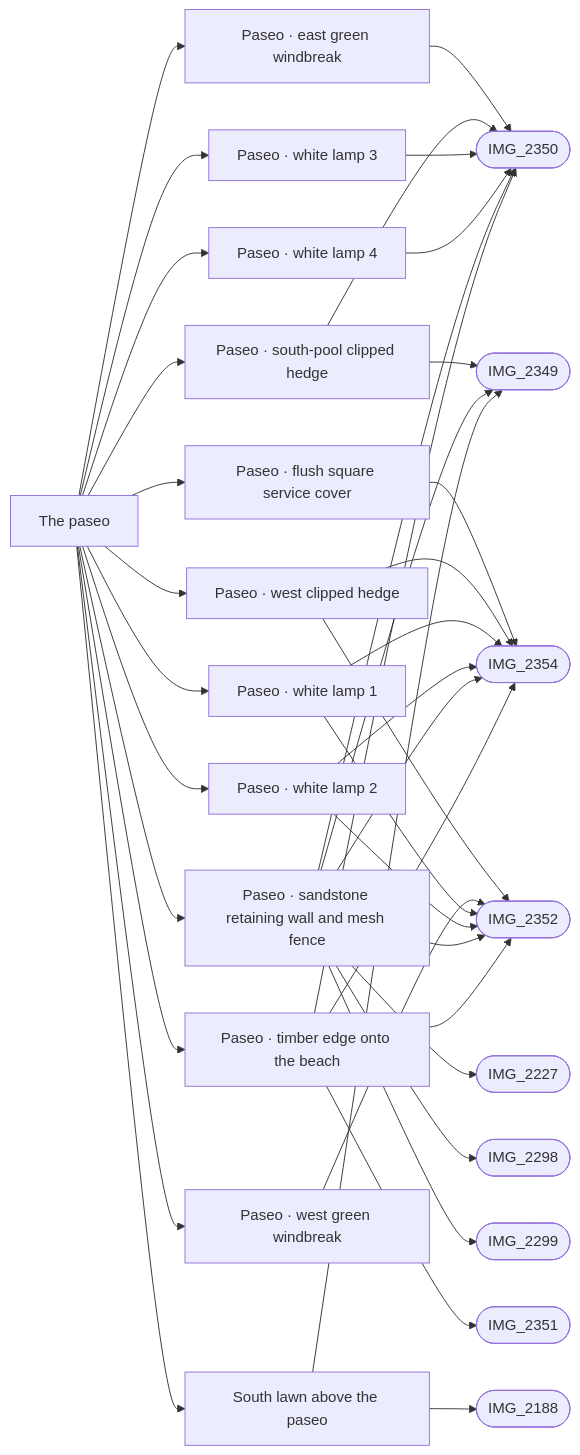
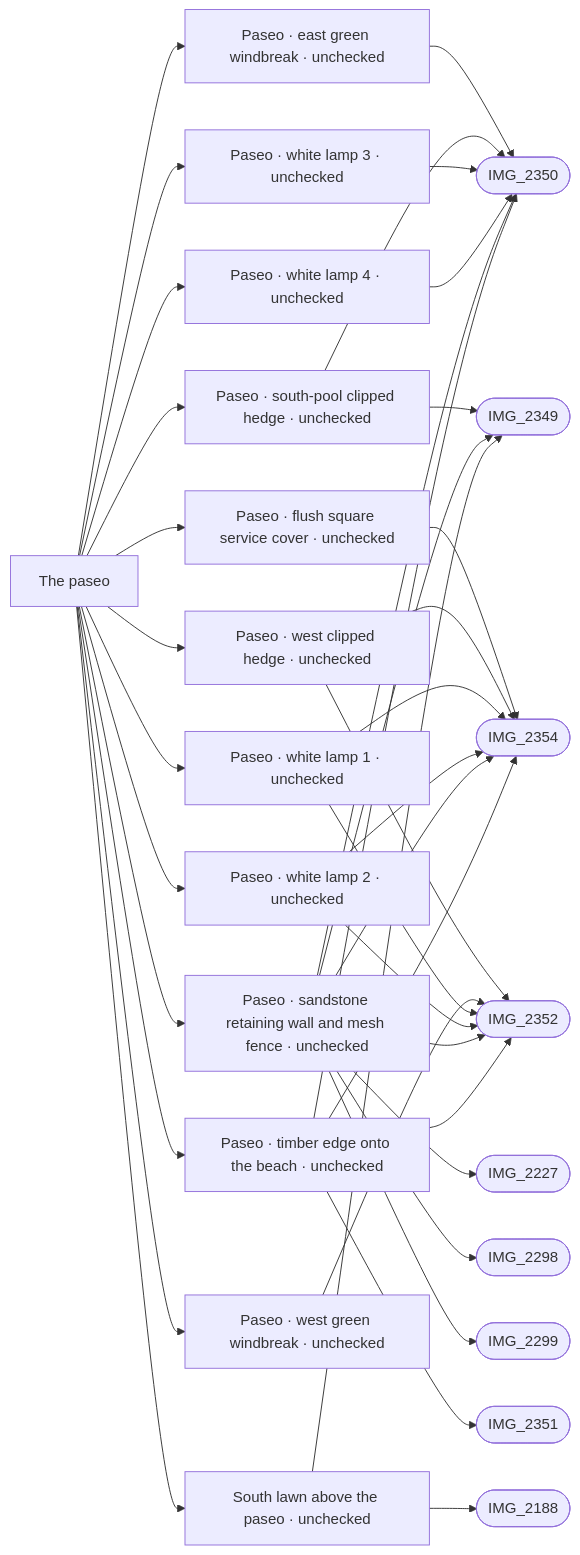
One commit to daveyboyc/villacana-venture changed the diagram in refs/areas/paseo.md. Above: the diagram before and after it, drawn with Mermaid. The commit also changed other lines of this file and 47 other files, not shown here.

````diff
--- a/refs/areas/paseo.md
+++ b/refs/areas/paseo.md
@@ -41,42 +41,42 @@
 ```mermaid
 graph LR
   A["The paseo"]
-  A --> F0["Paseo · east green windbreak"]
+  A --> F0["Paseo · east green windbreak · unchecked"]
   F0 --> PIMG_2350_jpg(["IMG_2350"])
-  A --> F1["Paseo · south-pool clipped hedge"]
+  A --> F1["Paseo · south-pool clipped hedge · unchecked"]
   F1 --> PIMG_2349_jpg(["IMG_2349"])
   F1 --> PIMG_2350_jpg(["IMG_2350"])
-  A --> F2["Paseo · flush square service cover"]
+  A --> F2["Paseo · flush square service cover · unchecked"]
   F2 --> PIMG_2354_jpg(["IMG_2354"])
-  A --> F3["Paseo · west clipped hedge"]
+  A --> F3["Paseo · west clipped hedge · unchecked"]
   F3 --> PIMG_2352_jpg(["IMG_2352"])
   F3 --> PIMG_2354_jpg(["IMG_2354"])
-  A --> F4["Paseo · west green windbreak"]
+  A --> F4["Paseo · west green windbreak · unchecked"]
   F4 --> PIMG_2352_jpg(["IMG_2352"])
-  A --> F5["Paseo · white lamp 1"]
+  A --> F5["Paseo · white lamp 1 · unchecked"]
   F5 --> PIMG_2352_jpg(["IMG_2352"])
   F5 --> PIMG_2354_jpg(["IMG_2354"])
-  A --> F6["Paseo · white lamp 2"]
+  A --> F6["Paseo · white lamp 2 · unchecked"]
   F6 --> PIMG_2352_jpg(["IMG_2352"])
   F6 --> PIMG_2354_jpg(["IMG_2354"])
-  A --> F7["Paseo · white lamp 3"]
+  A --> F7["Paseo · white lamp 3 · unchecked"]
   F7 --> PIMG_2350_jpg(["IMG_2350"])
-  A --> F8["Paseo · white lamp 4"]
+  A --> F8["Paseo · white lamp 4 · unchecked"]
   F8 --> PIMG_2350_jpg(["IMG_2350"])
-  A --> F9["Paseo · sandstone retaining wall and mesh fence"]
+  A --> F9["Paseo · sandstone retaining wall and mesh fence · unchecked"]
   F9 --> PIMG_2227_jpg(["IMG_2227"])
   F9 --> PIMG_2298_jpg(["IMG_2298"])
   F9 --> PIMG_2299_jpg(["IMG_2299"])
   F9 --> PIMG_2349_jpg(["IMG_2349"])
   F9 --> PIMG_2350_jpg(["IMG_2350"])
   F9 --> PIMG_2352_jpg(["IMG_2352"])
   F9 --> PIMG_2354_jpg(["IMG_2354"])
-  A --> F10["Paseo · timber edge onto the beach"]
+  A --> F10["Paseo · timber edge onto the beach · unchecked"]
   F10 --> PIMG_2350_jpg(["IMG_2350"])
   F10 --> PIMG_2351_jpg(["IMG_2351"])
   F10 --> PIMG_2352_jpg(["IMG_2352"])
   F10 --> PIMG_2354_jpg(["IMG_2354"])
-  A --> F11["South lawn above the paseo"]
+  A --> F11["South lawn above the paseo · unchecked"]
   F11 --> PIMG_2188_jpg(["IMG_2188"])
   F11 --> PIMG_2349_jpg(["IMG_2349"])
 ```
````
